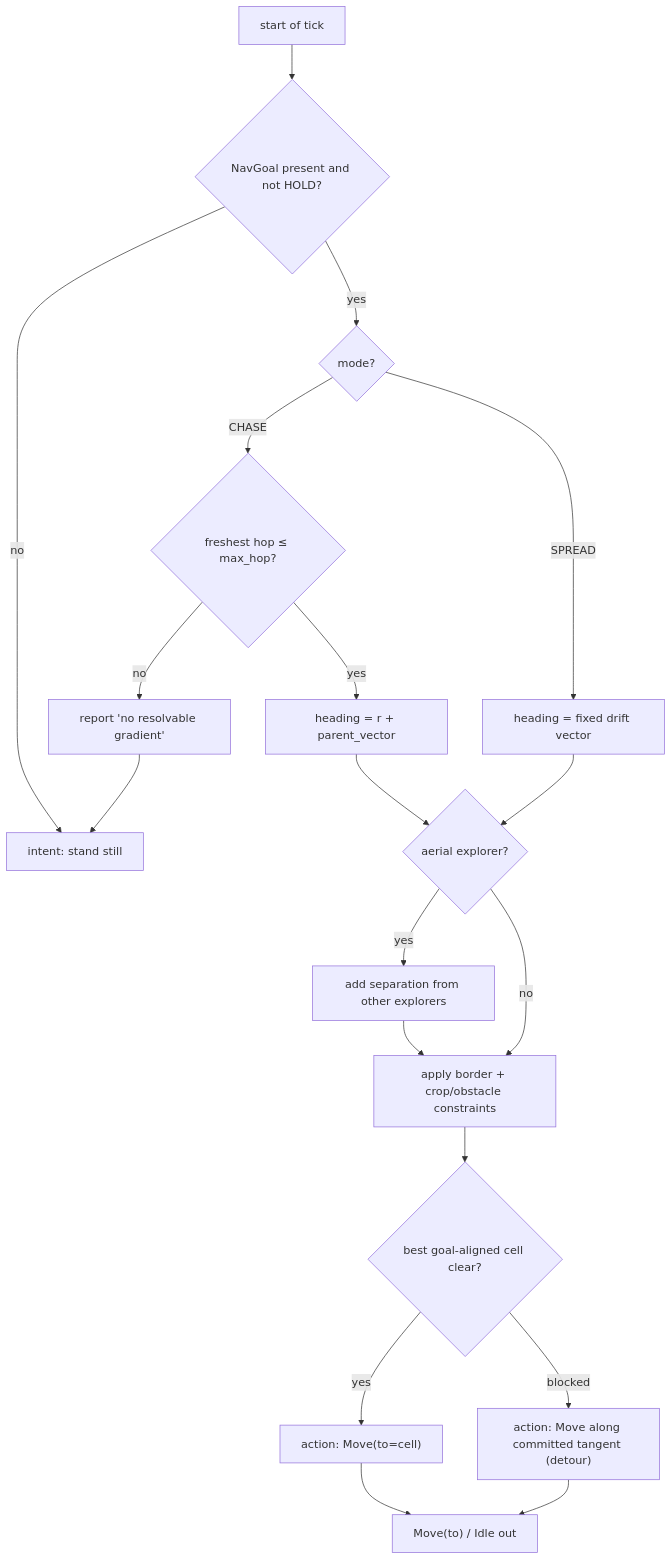
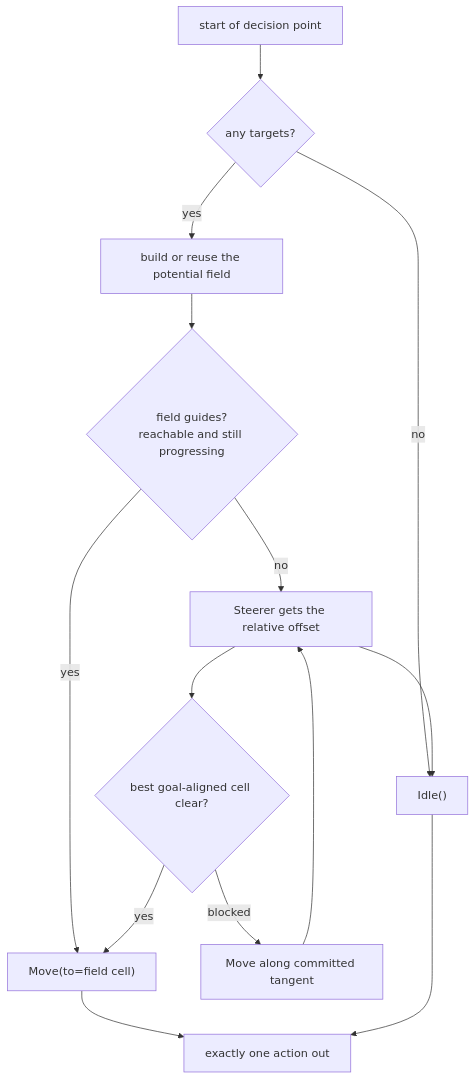
Before and after one commit to TychoGrapendaal/JIP_Swarm_Field: the third of 5 diagrams in docs/navigation-module.md, drawn with Mermaid. The commit also changed other lines of this file and 5 other files, not shown here.

````diff
--- a/docs/navigation-module.md
+++ b/docs/navigation-module.md
@@ -338,21 +166,16 @@
 ```mermaid
 flowchart TB
-    S["start of tick"] --> RG{"NavGoal present and not HOLD?"}
-    RG -- "no" --> HI["intent: stand still"]
-    RG -- "yes" --> SG{"mode?"}
-    SG -- "CHASE" --> HF{"freshest hop ≤ max_hop?"}
-    HF -- "no" --> NR["report 'no resolvable gradient'"]
-    NR --> HI
-    HF -- "yes" --> CH["heading = r + parent_vector"]
-    SG -- "SPREAD" --> SD["heading = fixed drift vector"]
-    SD --> SEP{"aerial explorer?"}
-    CH --> SEP
-    SEP -- "yes" --> AV["add separation from other explorers"]
-    SEP -- "no" --> B
-    AV --> B["apply border + crop/obstacle constraints"]
-    B --> AL{"best goal-aligned cell clear?"}
-    AL -- "yes" --> MV["action: Move(to=cell)"]
-    AL -- "blocked" --> DT["action: Move along committed tangent (detour)"]
-    MV --> O["Move(to) / Idle out"]
-    DT --> O
+    S["start of decision point"] --> TS{"any targets?"}
+    TS -- "no" --> IDL["Idle()"]
+    TS -- "yes" --> F["build or reuse the potential field"]
+    F --> PF{"field guides?<br/>reachable and still progressing"}
+    PF -- "yes" --> MV["Move(to=field cell)"]
+    PF -- "no" --> ST["Steerer gets the relative offset"]
+    ST --> AL{"best goal-aligned cell clear?"}
+    AL -- "yes" --> MV
+    AL -- "blocked" --> DT["Move along committed tangent"]
+    DT --> ST
+    ST --> IDL
+    MV --> O["exactly one action out"]
+    IDL --> O
 ```
````
